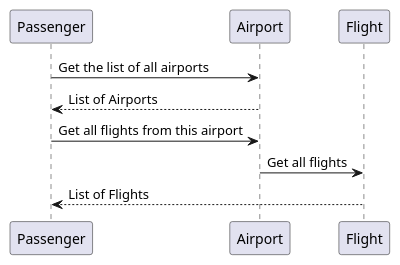
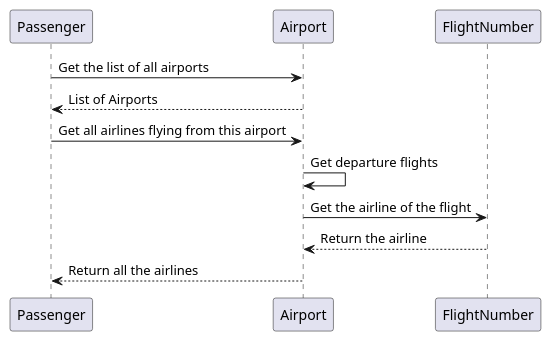
One commit to AlperenElbasan/FlightReservationSystem changed the diagram in Diagrams/Sequence/Passenger/flight_and_airport_list.puml. Above: the diagram before and after it, drawn with PlantUML. The commit also changed 3 other files, not shown here.

Commit message:
UML Updates

```diff
--- a/Diagrams/Sequence/Passenger/flight_and_airport_list.puml
+++ b/Diagrams/Sequence/Passenger/flight_and_airport_list.puml
@@ -1,10 +1,11 @@
 @startuml
 Passenger -> Airport: Get the list of all airports
 Airport --> Passenger: List of Airports
 
 
-Passenger -> Airport: Get all flights from this airport
-Airport -> Flight: Get all flights
-
-Flight --> Passenger: List of Flights
+Passenger -> Airport: Get all airlines flying from this airport
+Airport -> Airport: Get departure flights
+Airport -> FlightNumber: Get the airline of the flight
+FlightNumber --> Airport: Return the airline
+Airport --> Passenger: Return all the airlines
 @enduml
```
